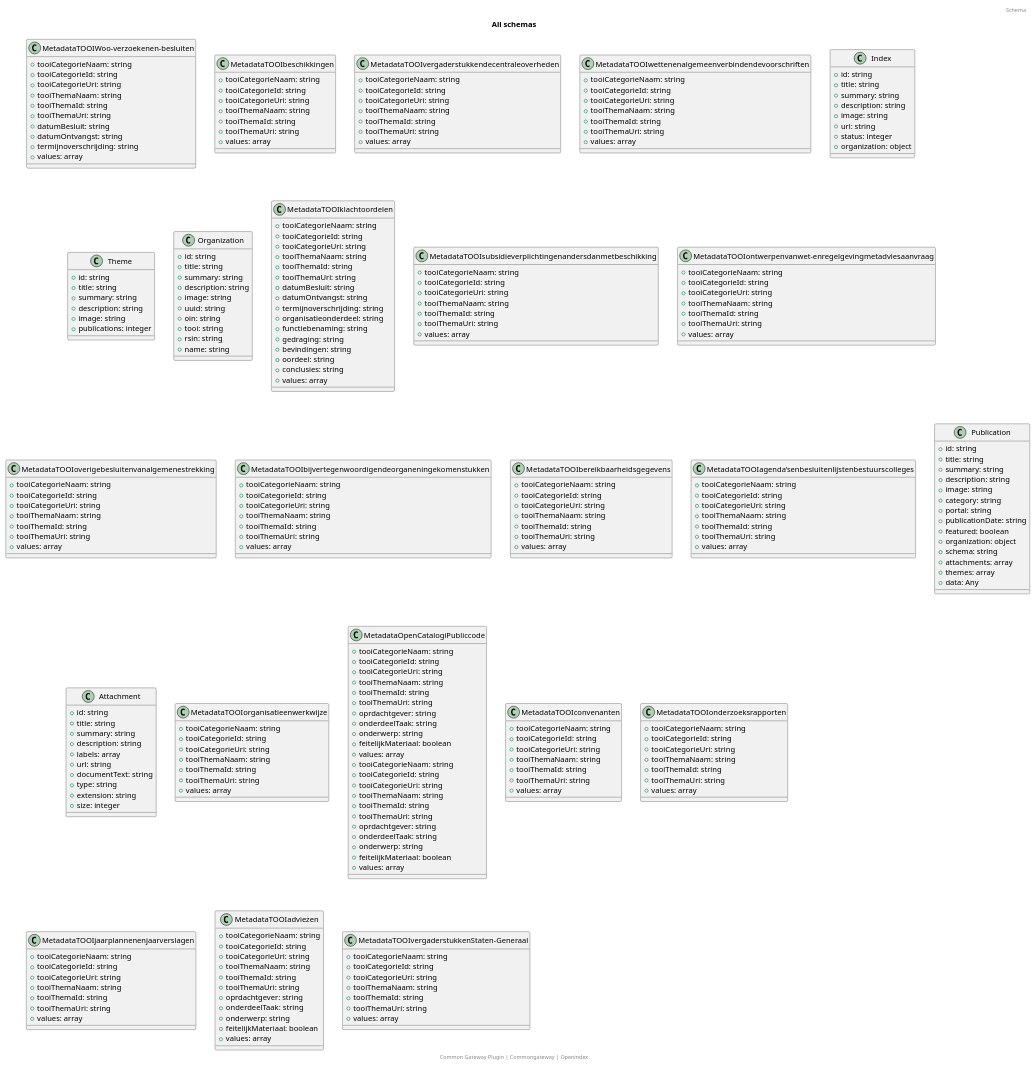
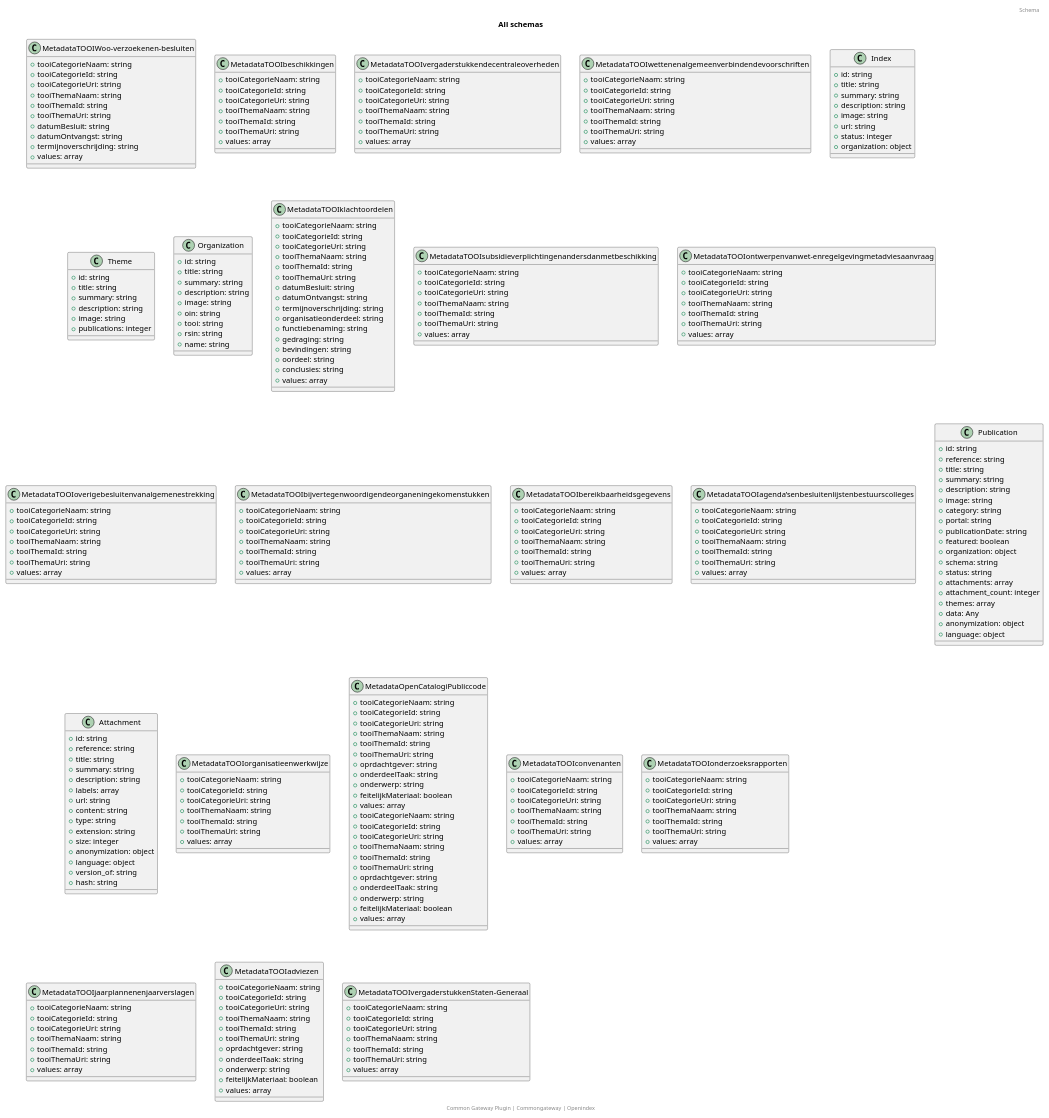
Before and after one commit to CommonGateway/OpenIndex: the diagram in docs/schema/all_schema_classes.puml, drawn with PlantUML. The commit also changed 6 other files, not shown here.

```diff
--- a/docs/schema/all_schema_classes.puml
+++ b/docs/schema/all_schema_classes.puml
@@ -65,7 +65,6 @@
   + summary: string
   + description: string
   + image: string
-  + uuid: string
   + oin: string
   + tooi: string
   + rsin: string
@@ -145,6 +144,7 @@
 }
 class Publication {
   + id: string
+  + reference: string
   + title: string
   + summary: string
   + description: string
@@ -155,21 +155,30 @@
   + featured: boolean
   + organization: object
   + schema: string
+  + status: string
   + attachments: array
+  + attachment_count: integer
   + themes: array
   + data: Any
+  + anonymization: object
+  + language: object
 }
 class Attachment {
   + id: string
+  + reference: string
   + title: string
   + summary: string
   + description: string
   + labels: array
   + url: string
-  + documentText: string
+  + content: string
   + type: string
   + extension: string
   + size: integer
+  + anonymization: object
+  + language: object
+  + version_of: string
+  + hash: string
 }
 class MetadataTOOIorganisatieenwerkwijze {
   + tooiCategorieNaam: string
```
